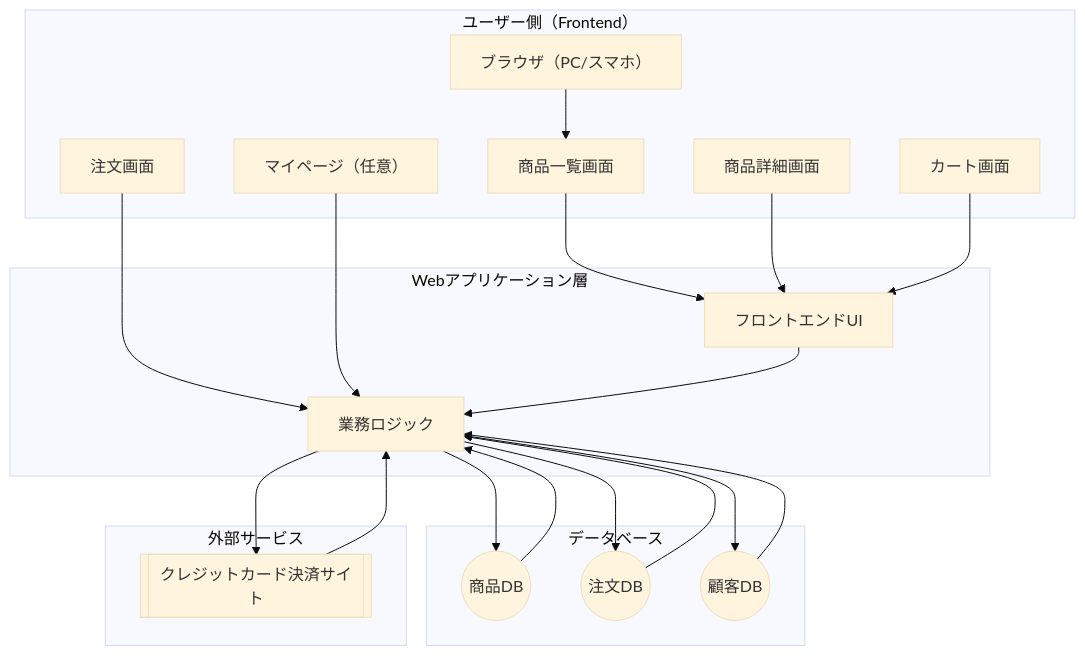
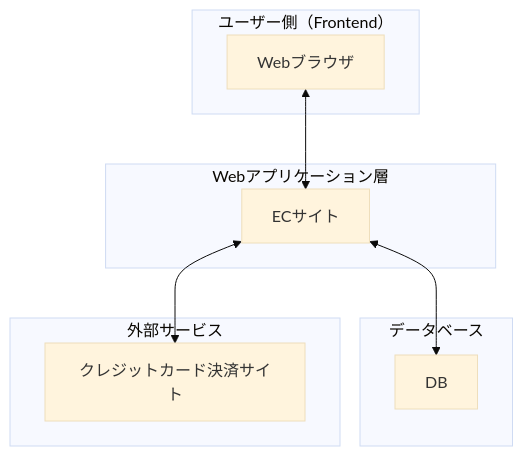
The diagram in 基本設計/システム構成・非機能・運用/システム構成・非機能・運用.md (ainaga09/ACE), drawn with Mermaid (base theme) before and after one commit. The commit also changed other lines of this file and 3 other files, not shown here.

````diff
--- a/基本設計/システム構成・非機能・運用/システム構成・非機能・運用.md
+++ b/基本設計/システム構成・非機能・運用/システム構成・非機能・運用.md
@@ -26,53 +26,36 @@
 ```mermaid
 graph TD
 
 %% ユーザー側
 subgraph User["ユーザー側（Frontend）"]
-  U1[ブラウザ（PC/スマホ）]
-  U2[商品一覧画面]
-  U3[商品詳細画面]
-  U4[カート画面]
-  U5[注文画面]
-  U6[マイページ（任意）]
+　U1[Webブラウザ]
 end
 
 %% Webアプリケーション
 subgraph App["Webアプリケーション層"]
-  W1[フロントエンドUI]
-  W2[業務ロジック]
+  W1[ECサイト]
 end
 
 %% データベース
 subgraph DB["データベース"]
-  D1((商品DB))
-  D2((注文DB))
-  D3((顧客DB))
+  D1[DB]
+ 
 end
 
 %% 外部サイト
 subgraph External["外部サービス"]
-  E1[[クレジットカード決済サイト]]
+  E1[クレジットカード決済サイト]
 end
 
 %% 接続
-U1 --> U2
-U2 --> W1
-U3 --> W1
-U4 --> W1
-U5 --> W2
-U6 --> W2
+U1 <--> W1
 
-W1 --> W2
-W2 --> D1
-W2 --> D2
-W2 --> D3
 
-W2 --> E1
 
-D1 --> W2
-D2 --> W2
-D3 --> W2
+W1 <--> D1
+W1 <--> E1
 
-E1 --> W2
+
+
 
 ```
````
